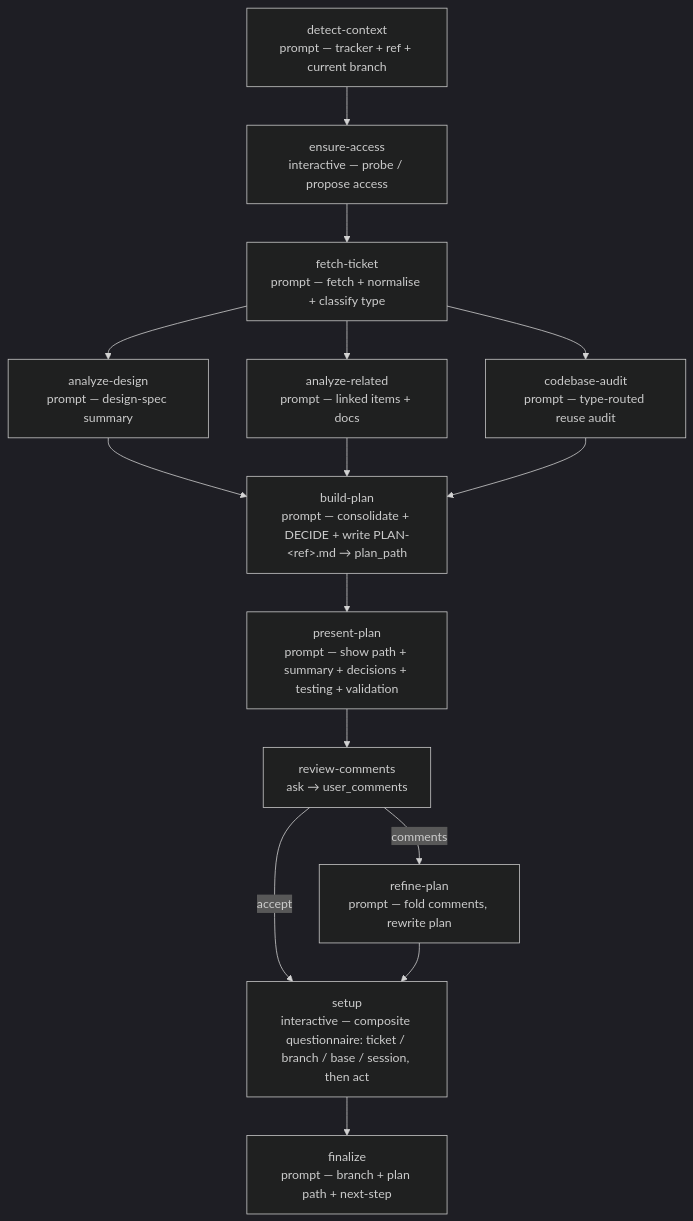
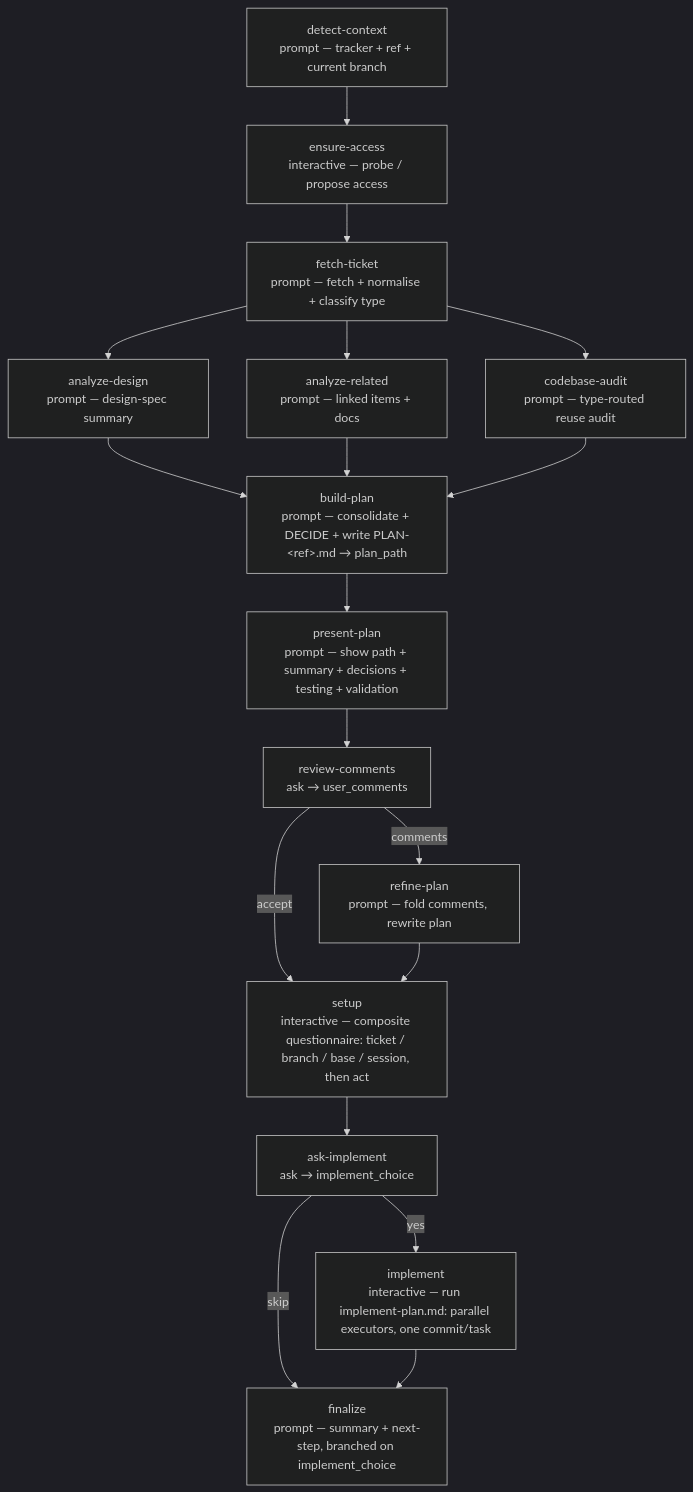
Before and after one commit to e1024kb/wise-claude: the diagram in plugins/wise/workflows/ticket-plan/README.md, drawn with Mermaid (dark theme). The commit also changed other lines of this file and 6 other files, not shown here.

````diff
--- a/plugins/wise/workflows/ticket-plan/README.md
+++ b/plugins/wise/workflows/ticket-plan/README.md
@@ -51,17 +51,20 @@
 ```mermaid
 flowchart TD
     T[detect-context<br/>prompt — tracker + ref + current branch] --> X[ensure-access<br/>interactive — probe / propose access]
     X --> A[fetch-ticket<br/>prompt — fetch + normalise + classify type]
     A --> C[analyze-design<br/>prompt — design-spec summary]
     A --> D[analyze-related<br/>prompt — linked items + docs]
     A --> E[codebase-audit<br/>prompt — type-routed reuse audit]
     C --> B[build-plan<br/>prompt — consolidate + DECIDE + write PLAN-&lt;ref&gt;.md → plan_path]
     D --> B
     E --> B
     B --> P[present-plan<br/>prompt — show path + summary + decisions + testing + validation]
     P --> RC[review-comments<br/>ask → user_comments]
     RC -->|comments| RF[refine-plan<br/>prompt — fold comments, rewrite plan]
     RC -->|accept| S
     RF --> S[setup<br/>interactive — composite questionnaire: ticket / branch / base / session, then act]
-    S --> FN[finalize<br/>prompt — branch + plan path + next-step]
+    S --> AI[ask-implement<br/>ask → implement_choice]
+    AI -->|yes| IM[implement<br/>interactive — run implement-plan.md: parallel executors, one commit/task]
+    AI -->|skip| FN
+    IM --> FN[finalize<br/>prompt — summary + next-step, branched on implement_choice]
 ```
````
